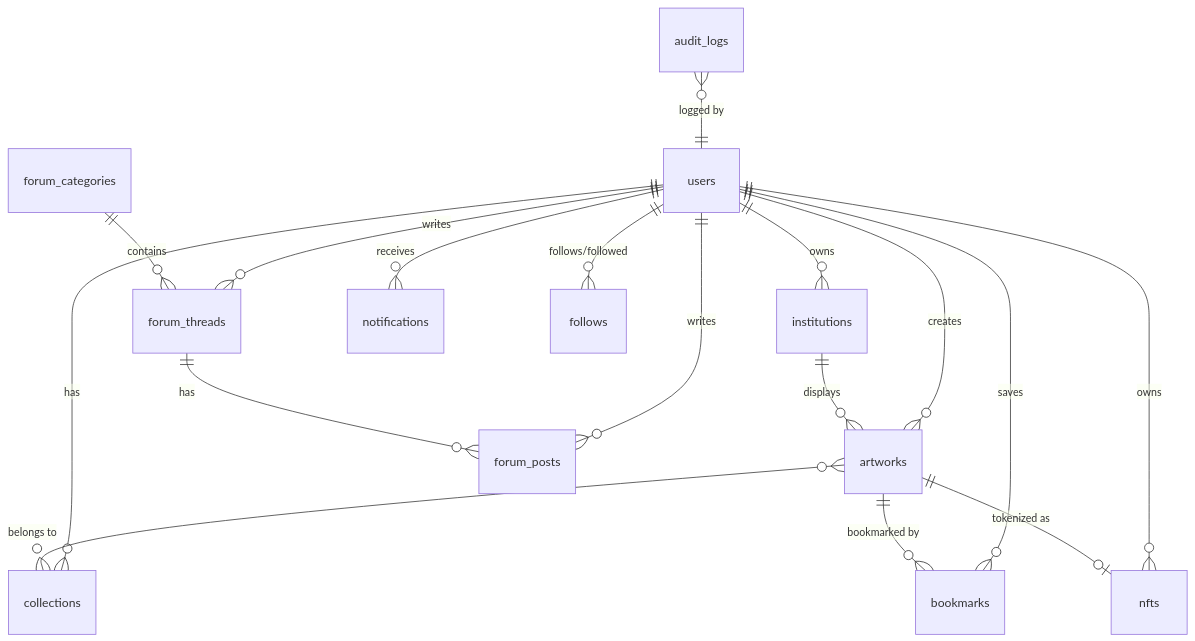
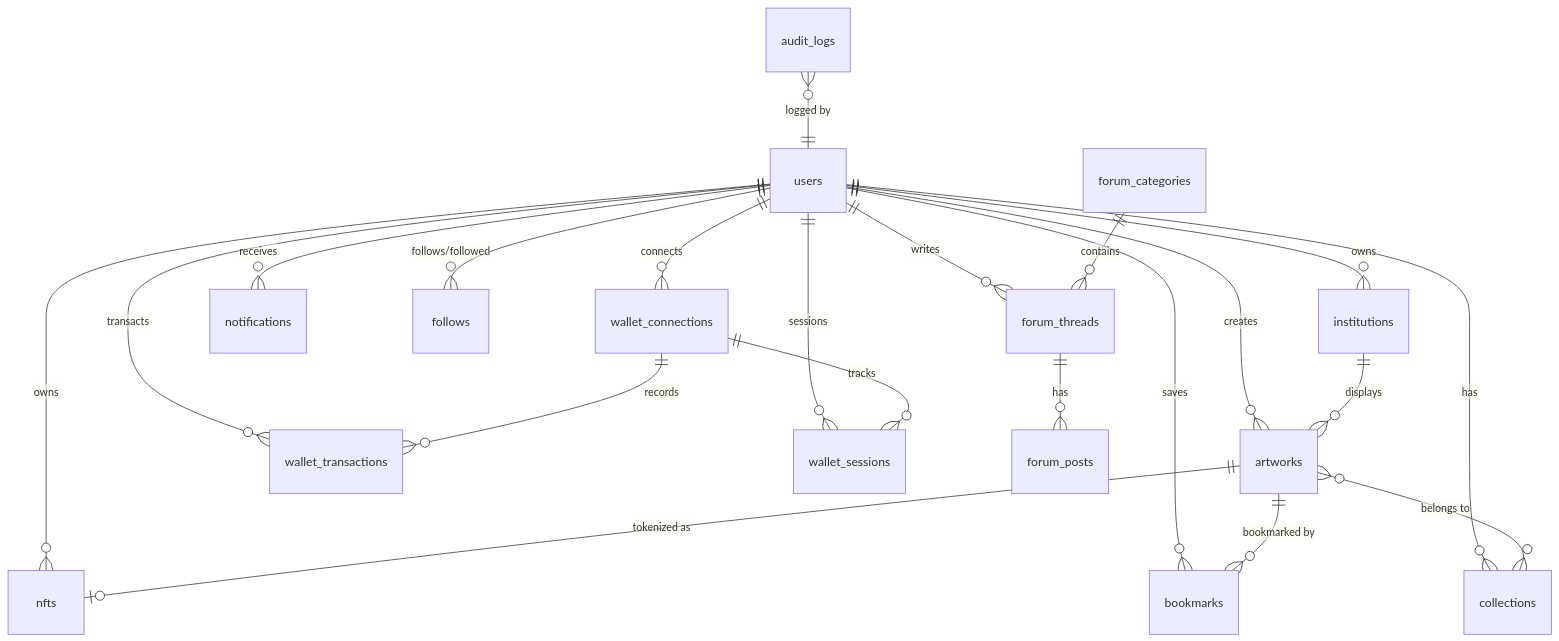
Before and after one commit to slzyoung/SeniQu: the diagram in doc/07-Database-Schema.md, drawn with Mermaid. The commit also changed other lines of this file and 55 other files, not shown here.

````diff
--- a/doc/07-Database-Schema.md
+++ b/doc/07-Database-Schema.md
@@ -392,23 +378,27 @@
 ```mermaid
 erDiagram
     users ||--o{ artworks : creates
     users ||--o{ institutions : owns
     users ||--o{ collections : has
     users ||--o{ bookmarks : saves
     users ||--o{ nfts : owns
     users ||--o{ forum_threads : writes
-    users ||--o{ forum_posts : writes
     users ||--o{ notifications : receives
     users ||--o{ follows : "follows/followed"
-    
+    users ||--o{ wallet_connections : "connects"
+    users ||--o{ wallet_transactions : "transacts"
+    users ||--o{ wallet_sessions : "sessions"
+
+    wallet_connections ||--o{ wallet_transactions : "records"
+    wallet_connections ||--o{ wallet_sessions : "tracks"
+
     institutions ||--o{ artworks : displays
-    
     artworks ||--o| nfts : "tokenized as"
     artworks ||--o{ bookmarks : "bookmarked by"
     artworks }o--o{ collections : "belongs to"
-    
+
     forum_categories ||--o{ forum_threads : contains
     forum_threads ||--o{ forum_posts : has
-    
+
     audit_logs }o--|| users : "logged by"
 ```
````
